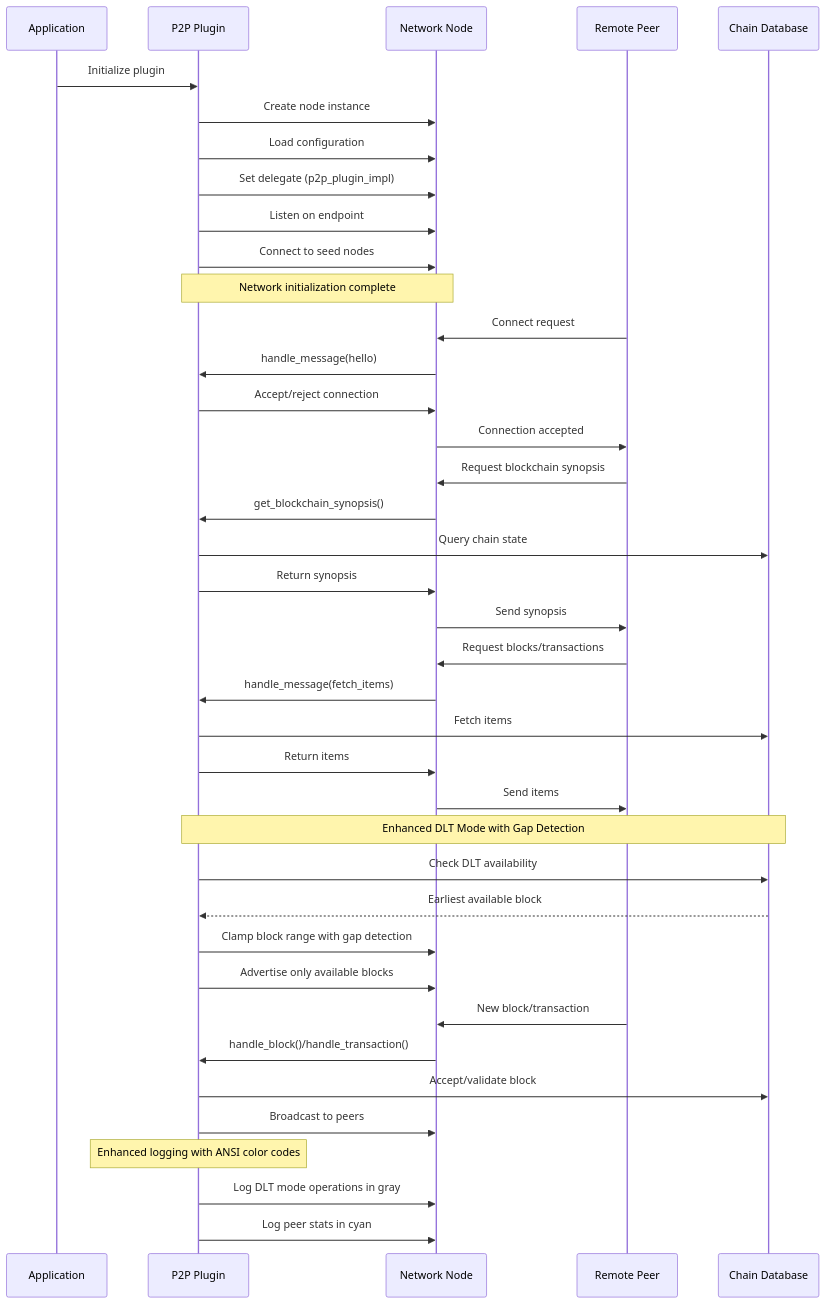
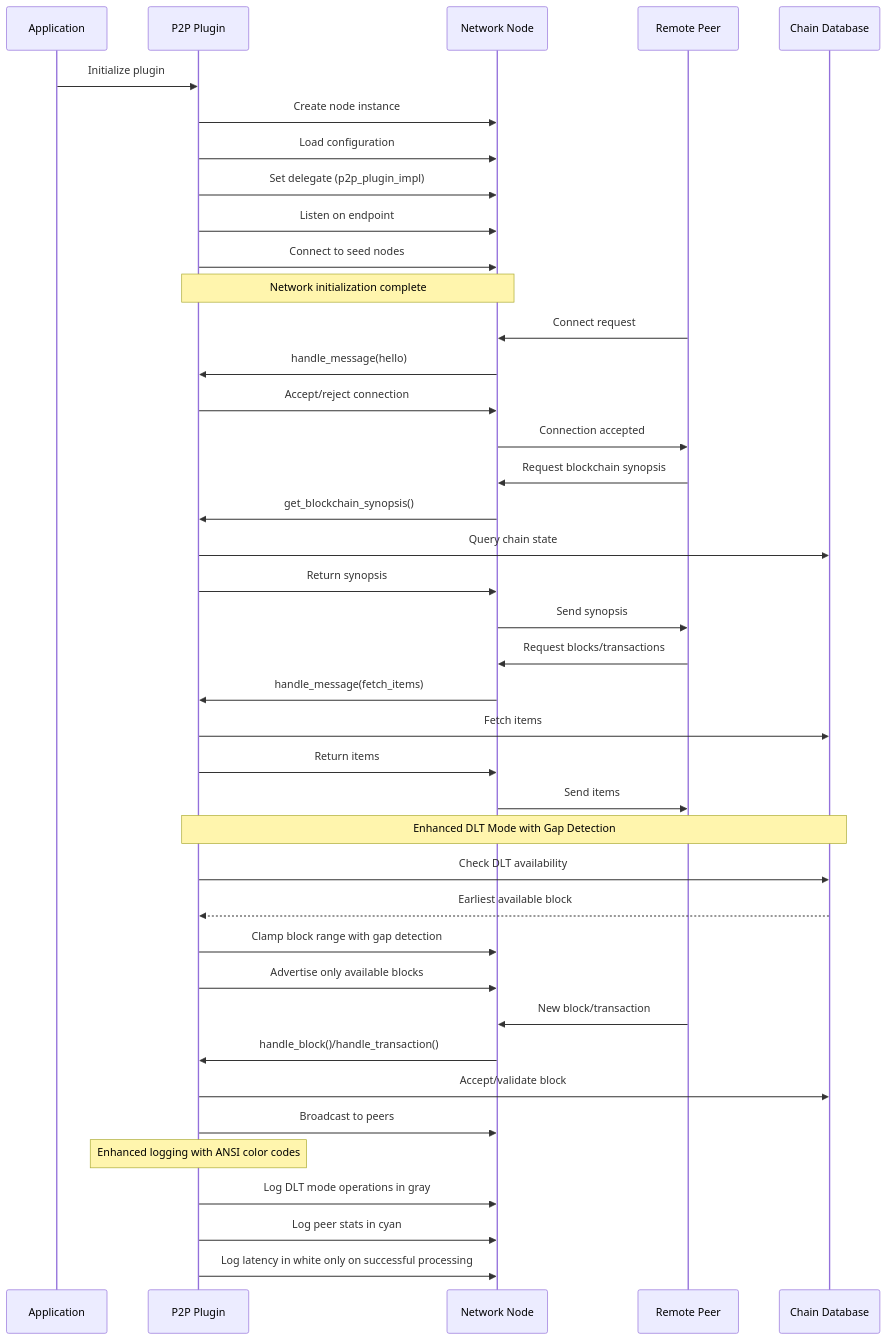
Before and after one commit to VIZ-Blockchain/viz-cpp-node: the fourth of 37 diagrams in .qoder/repowiki/en/content/P2p Plugin.md, drawn with Mermaid. The commit also changed other lines of this file and 5 other files, not shown here.

````diff
--- a/.qoder/repowiki/en/content/P2p Plugin.md
+++ b/.qoder/repowiki/en/content/P2p Plugin.md
@@ -258,41 +264,42 @@
 ```mermaid
 sequenceDiagram
 participant App as Application
 participant P2P as P2P Plugin
 participant Node as Network Node
 participant Peer as Remote Peer
 participant Chain as Chain Database
 App->>P2P : Initialize plugin
 P2P->>Node : Create node instance
 P2P->>Node : Load configuration
 P2P->>Node : Set delegate (p2p_plugin_impl)
 P2P->>Node : Listen on endpoint
 P2P->>Node : Connect to seed nodes
 Note over P2P,Node : Network initialization complete
 Peer->>Node : Connect request
 Node->>P2P : handle_message(hello)
 P2P->>Node : Accept/reject connection
 Node->>Peer : Connection accepted
 Peer->>Node : Request blockchain synopsis
 Node->>P2P : get_blockchain_synopsis()
 P2P->>Chain : Query chain state
 P2P->>Node : Return synopsis
 Node->>Peer : Send synopsis
 Peer->>Node : Request blocks/transactions
 Node->>P2P : handle_message(fetch_items)
 P2P->>Chain : Fetch items
 P2P->>Node : Return items
 Node->>Peer : Send items
 Note over P2P,Chain : Enhanced DLT Mode with Gap Detection
 P2P->>Chain : Check DLT availability
 Chain-->>P2P : Earliest available block
 P2P->>Node : Clamp block range with gap detection
 P2P->>Node : Advertise only available blocks
 Peer->>Node : New block/transaction
 Node->>P2P : handle_block()/handle_transaction()
 P2P->>Chain : Accept/validate block
 P2P->>Node : Broadcast to peers
 Note over P2P : Enhanced logging with ANSI color codes
 P2P->>Node : Log DLT mode operations in gray
 P2P->>Node : Log peer stats in cyan
+P2P->>Node : Log latency in white only on successful processing
 ```
````
